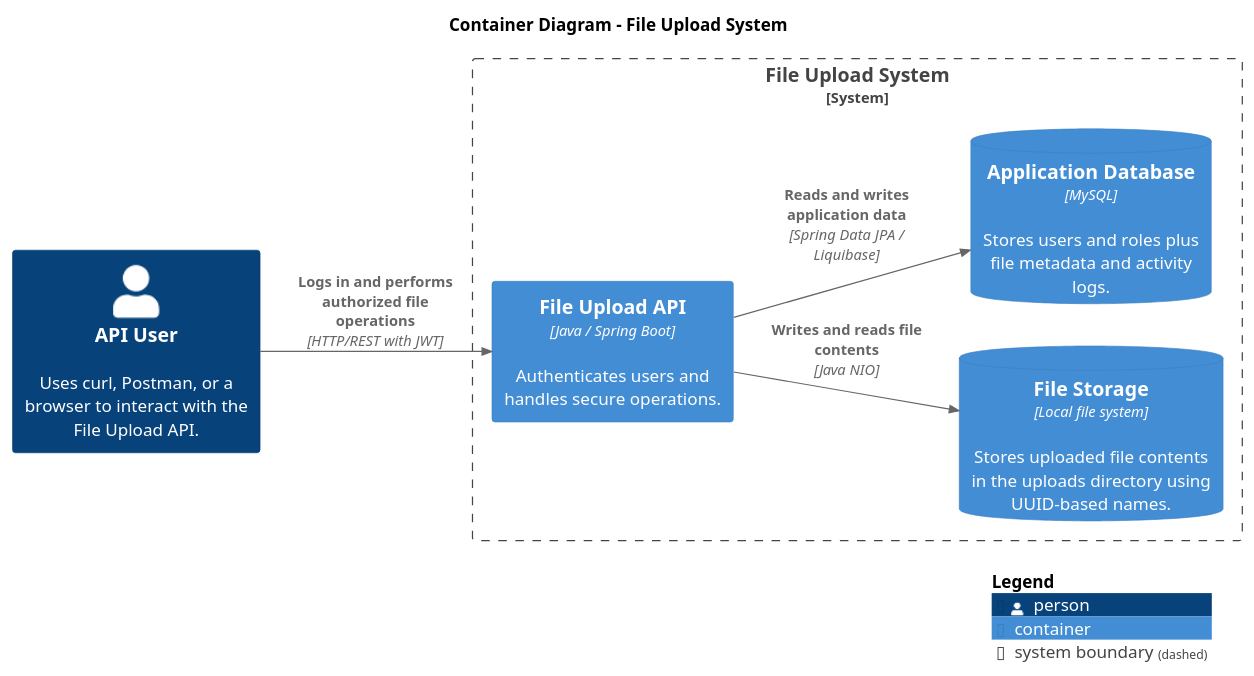
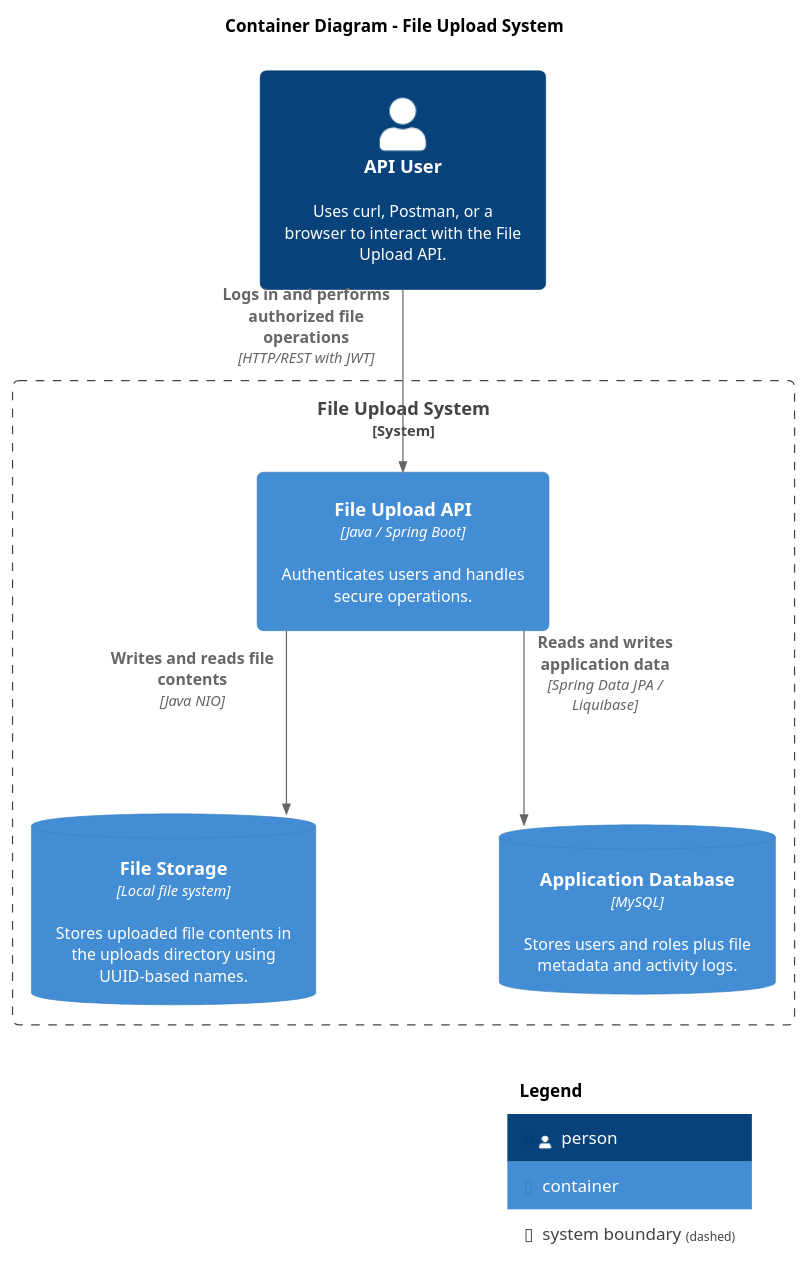
Before and after one commit to a-mart468/FileUpload: the diagram in docs/c4/02-container.puml, drawn with PlantUML. The commit also changed 3 other files, not shown here.

Commit message:
Improve C4 diagrams and update code view

```diff
--- a/docs/c4/02-container.puml
+++ b/docs/c4/02-container.puml
@@ -1,24 +1,40 @@
 @startuml
 
 !include <C4/C4_Container>
 
 title Container Diagram - File Upload System
 
-LAYOUT_LEFT_RIGHT()
+LAYOUT_TOP_DOWN()
+
+skinparam linetype ortho
+skinparam shadowing false
+skinparam roundcorner 10
+
+skinparam nodesep 150
+skinparam ranksep 150
+skinparam padding 10
+
+skinparam DefaultFontSize 13
+skinparam DefaultTextAlignmentCenter center
+
+skinparam Arrow{
+  Thickness 1
+}
+
 
 Person(user, "API User", "Uses curl, Postman, or a browser to interact with the File Upload API.")
 
 System_Boundary(fileUploadSystem,"File Upload System"){
 Container(fileUploadApi, "File Upload API", "Java / Spring Boot", "Authenticates users and handles secure operations.",$link="03-component.puml")
 ContainerDb(fileStorage, "File Storage", "Local file system", "Stores uploaded file contents in the uploads directory using UUID-based names.")
 ContainerDb(database,"Application Database","MySQL","Stores users and roles plus file metadata and activity logs.")
 }
 
-Rel(user, fileUploadApi, "Logs in and performs authorized file operations", "HTTP/REST with JWT")
-Rel(fileUploadApi, fileStorage, "Writes and reads file contents", "Java NIO")
-Rel(fileUploadApi, database, "Reads and writes application data","Spring Data JPA / Liquibase")
+Rel_D(user, fileUploadApi, "Logs in and performs authorized file operations", "HTTP/REST with JWT")
+Rel_D(fileUploadApi, fileStorage, "Writes and reads file contents", "Java NIO")
+Rel_D(fileUploadApi, database, "Reads and writes application data","Spring Data JPA / Liquibase")
 
 SHOW_LEGEND()
 
 
 @enduml
```
